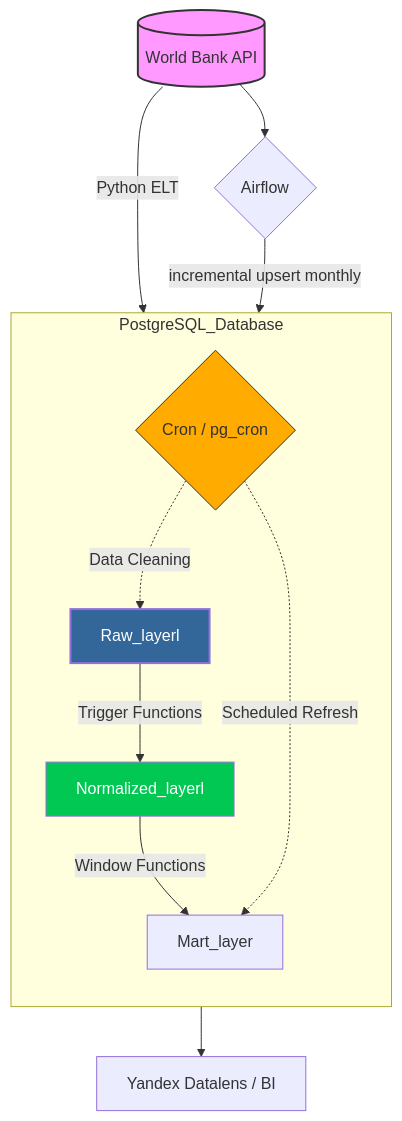
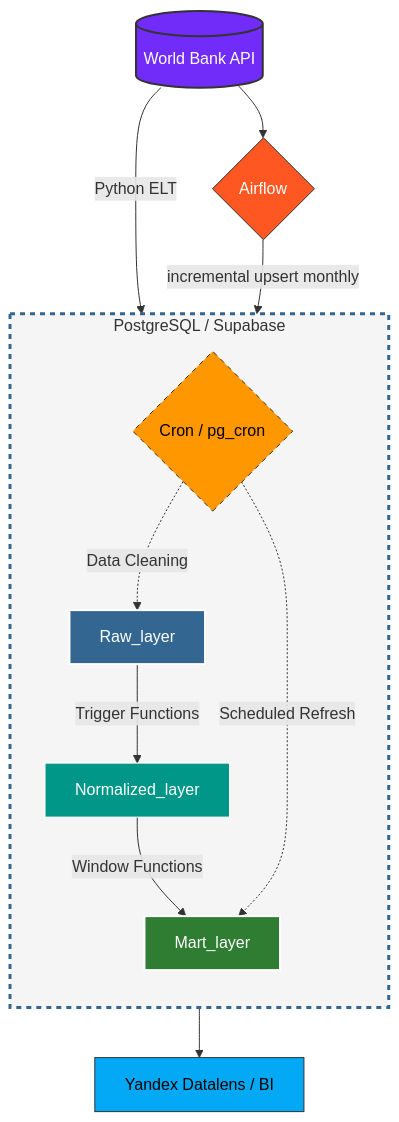
One commit to ososovyan/WB_data_collector changed the diagram in README.md. Above: the diagram before and after it, drawn with Mermaid. The commit also changed other lines of this file, not shown here.

````diff
--- a/README.md
+++ b/README.md
@@ -37,26 +37,31 @@
 ```mermaid
 graph TD
     %% Источник данных
-    WB[(World Bank API)] --> |Python ELT| RL[Raw_layerl]
+    WB[(World Bank API)] --> |Python ELT| RL[Raw_layer]
 
     %% Внутренняя логика БД
-    subgraph PostgreSQL_Database
+    subgraph PostgreSQL_Database [PostgreSQL / Supabase]
         direction TB
-        RL --> |Trigger Functions| NL[Normalized_layerl]
+        RL --> |Trigger Functions| NL[Normalized_layer]
         
         NL --> |Window Functions| ML[Mart_layer]
 
         CRON{Cron / pg_cron} -.-> |Scheduled Refresh| ML
         CRON -.-> |Data Cleaning| RL
     end
 
     %% Выход данных
-    ML --> API[Yandex Datalens / BI ]
+    ML --> API[Yandex Datalens / BI]
     WB --> A{Airflow}
     A --> |incremental upsert monthly| RL
-    %% Стилизация (чтобы было красиво)
-    style WB fill:#f9f,stroke:#333,stroke-width:2px
-    style RL fill:#336699,color:#fff,stroke-width:2px
-    style NL fill:#00c853,color:#fff
-    style CRON fill:#ffab00,stroke:#333
+
+    %% Стилизация по смыслу
+    style WB fill:#712cf9,color:#fff,stroke:#333,stroke-width:2px
+    style RL fill:#336791,color:#fff,stroke:#fff,stroke-width:2px
+    style NL fill:#009688,color:#fff,stroke:#fff,stroke-width:1px
+    style ML fill:#2e7d32,color:#fff,stroke:#fff,stroke-width:2px
+    style A fill:#ff5722,color:#fff,stroke:#333
+    style CRON fill:#ff9800,color:#000,stroke:#333,stroke-dasharray: 5 5
+    style API fill:#03a9f4,color:#000,stroke:#333
+    style PostgreSQL_Database fill:#f5f5f5,stroke:#336791,stroke-width:3px,stroke-dasharray: 5 5
 ```
````
